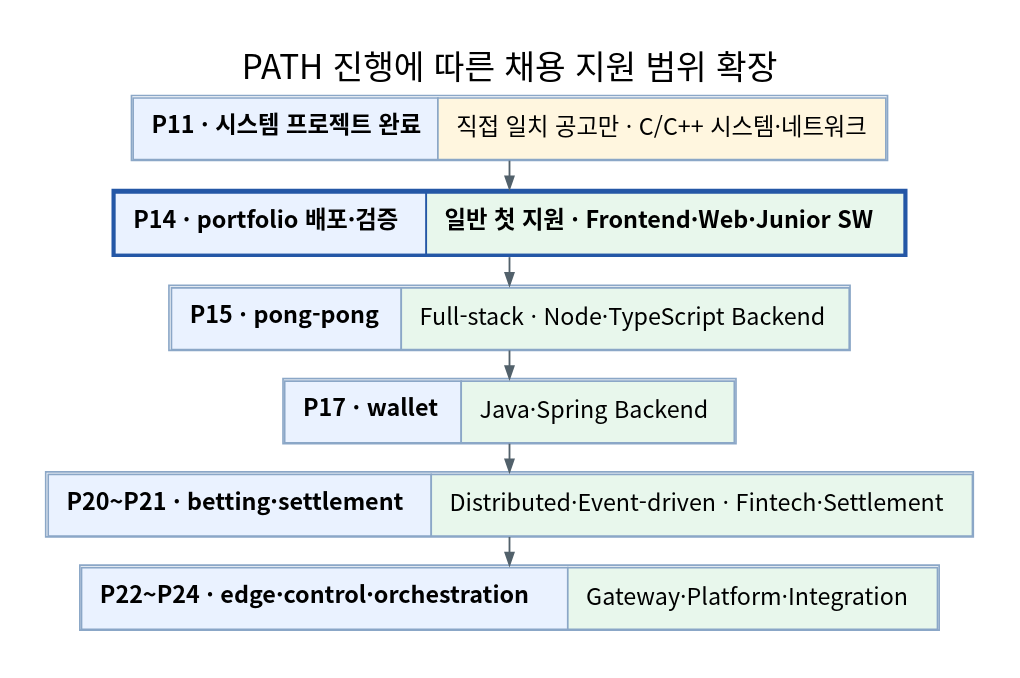
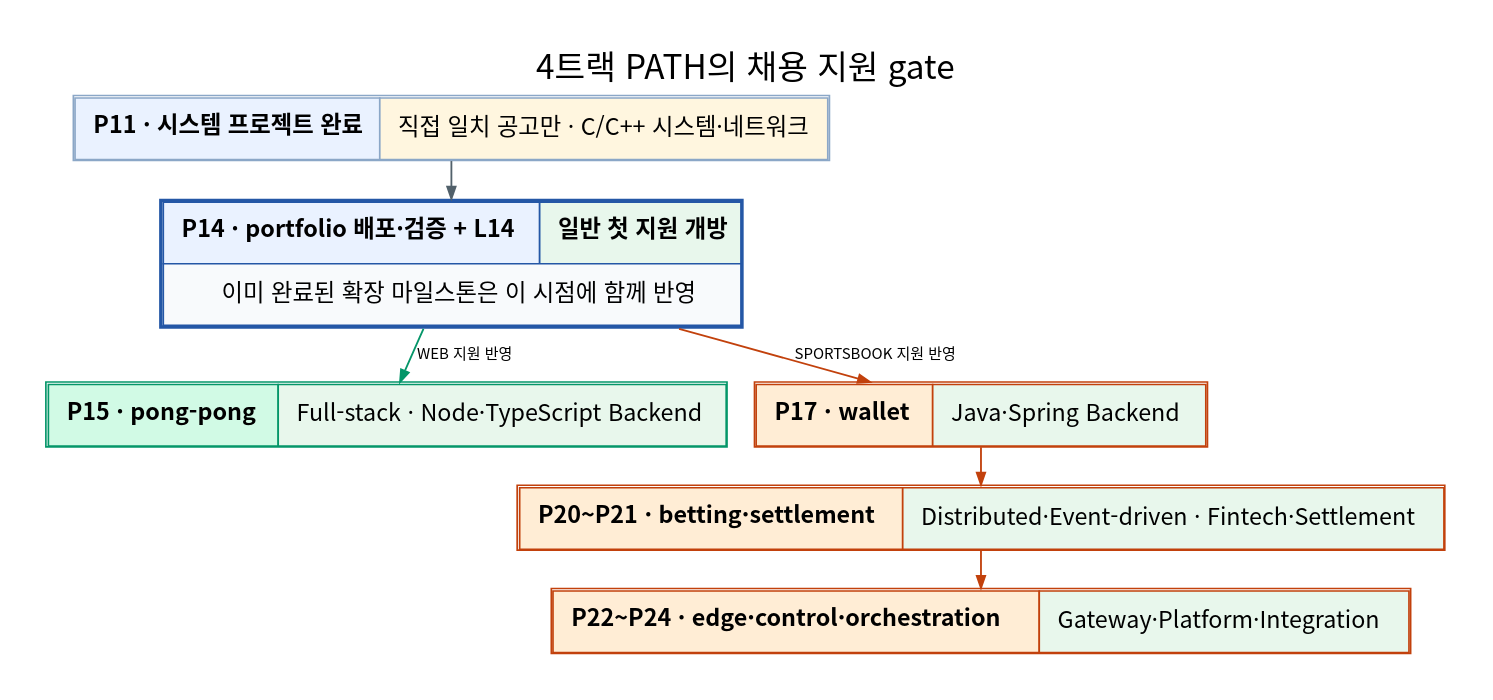
The diagram in assets/path/career-expansion.dot (woopinbell/engineering-path-review), drawn with Graphviz before and after one commit. The commit also changed 24 other files, not shown here.

```diff
--- a/assets/path/career-expansion.dot
+++ b/assets/path/career-expansion.dot
@@ -1,42 +1,47 @@
 digraph Career {
   graph [
-    rankdir=TB, bgcolor="white", pad="0.28", nodesep="0.16", ranksep="0.24",
+    rankdir=TB, bgcolor="white", pad="0.28", nodesep="0.22", ranksep="0.30",
     fontname="Noto Sans CJK KR", fontsize=20,
-    label="PATH 진행에 따른 채용 지원 범위 확장", labelloc=t
+    label="4트랙 PATH의 채용 지원 gate", labelloc=t
   ];
   node [shape=plain, fontname="Noto Sans CJK KR"];
   edge [color="#52616b", arrowsize=0.72, penwidth=1.1];
 
   M11 [label=<
     <TABLE BORDER="1" CELLBORDER="1" CELLSPACING="0" CELLPADDING="10" COLOR="#8ba7c7">
       <TR><TD BGCOLOR="#eaf2ff"><B>P11 · 시스템 프로젝트 완료</B></TD><TD BGCOLOR="#fff6df">직접 일치 공고만 · C/C++ 시스템·네트워크</TD></TR>
     </TABLE>
   >];
   M14 [label=<
     <TABLE BORDER="2" CELLBORDER="1" CELLSPACING="0" CELLPADDING="10" COLOR="#2457a6">
-      <TR><TD BGCOLOR="#eaf2ff"><B>P14 · portfolio 배포·검증</B></TD><TD BGCOLOR="#e8f7ec"><B>일반 첫 지원 · Frontend·Web·Junior SW</B></TD></TR>
+      <TR><TD BGCOLOR="#eaf2ff"><B>P14 · portfolio 배포·검증 + L14</B></TD><TD BGCOLOR="#e8f7ec"><B>일반 첫 지원 개방</B></TD></TR>
+      <TR><TD COLSPAN="2" BGCOLOR="#f8fafc">이미 완료된 확장 마일스톤은 이 시점에 함께 반영</TD></TR>
     </TABLE>
   >];
   M15 [label=<
-    <TABLE BORDER="1" CELLBORDER="1" CELLSPACING="0" CELLPADDING="10" COLOR="#8ba7c7">
-      <TR><TD BGCOLOR="#eaf2ff"><B>P15 · pong-pong</B></TD><TD BGCOLOR="#e8f7ec">Full-stack · Node·TypeScript Backend</TD></TR>
+    <TABLE BORDER="1" CELLBORDER="1" CELLSPACING="0" CELLPADDING="10" COLOR="#059669">
+      <TR><TD BGCOLOR="#d1fae5"><B>P15 · pong-pong</B></TD><TD BGCOLOR="#e8f7ec">Full-stack · Node·TypeScript Backend</TD></TR>
     </TABLE>
   >];
   M17 [label=<
-    <TABLE BORDER="1" CELLBORDER="1" CELLSPACING="0" CELLPADDING="10" COLOR="#8ba7c7">
-      <TR><TD BGCOLOR="#eaf2ff"><B>P17 · wallet</B></TD><TD BGCOLOR="#e8f7ec">Java·Spring Backend</TD></TR>
+    <TABLE BORDER="1" CELLBORDER="1" CELLSPACING="0" CELLPADDING="10" COLOR="#c2410c">
+      <TR><TD BGCOLOR="#ffedd5"><B>P17 · wallet</B></TD><TD BGCOLOR="#e8f7ec">Java·Spring Backend</TD></TR>
     </TABLE>
   >];
   M20 [label=<
-    <TABLE BORDER="1" CELLBORDER="1" CELLSPACING="0" CELLPADDING="10" COLOR="#8ba7c7">
-      <TR><TD BGCOLOR="#eaf2ff"><B>P20~P21 · betting·settlement</B></TD><TD BGCOLOR="#e8f7ec">Distributed·Event-driven · Fintech·Settlement</TD></TR>
+    <TABLE BORDER="1" CELLBORDER="1" CELLSPACING="0" CELLPADDING="10" COLOR="#c2410c">
+      <TR><TD BGCOLOR="#ffedd5"><B>P20~P21 · betting·settlement</B></TD><TD BGCOLOR="#e8f7ec">Distributed·Event-driven · Fintech·Settlement</TD></TR>
     </TABLE>
   >];
   M24 [label=<
-    <TABLE BORDER="1" CELLBORDER="1" CELLSPACING="0" CELLPADDING="10" COLOR="#8ba7c7">
-      <TR><TD BGCOLOR="#eaf2ff"><B>P22~P24 · edge·control·orchestration</B></TD><TD BGCOLOR="#e8f7ec">Gateway·Platform·Integration</TD></TR>
+    <TABLE BORDER="1" CELLBORDER="1" CELLSPACING="0" CELLPADDING="10" COLOR="#c2410c">
+      <TR><TD BGCOLOR="#ffedd5"><B>P22~P24 · edge·control·orchestration</B></TD><TD BGCOLOR="#e8f7ec">Gateway·Platform·Integration</TD></TR>
     </TABLE>
   >];
 
-  M11 -> M14 -> M15 -> M17 -> M20 -> M24;
+  M11 -> M14;
+  M14 -> M15 [label="WEB 지원 반영", fontname="Noto Sans CJK KR", fontsize=9, color="#059669"];
+  M14 -> M17 [label="SPORTSBOOK 지원 반영", fontname="Noto Sans CJK KR", fontsize=9, color="#c2410c"];
+  M17 -> M20 -> M24 [color="#c2410c"];
+  { rank=same; M15; M17; }
 }
```
